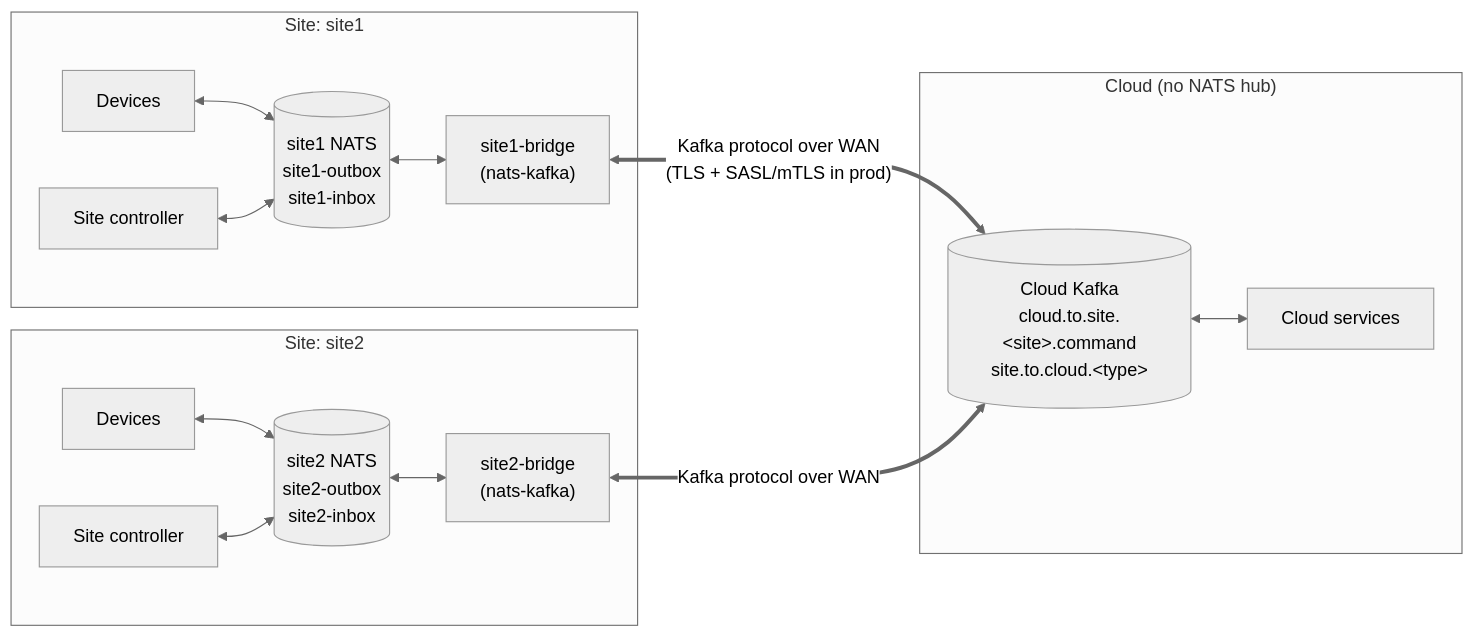
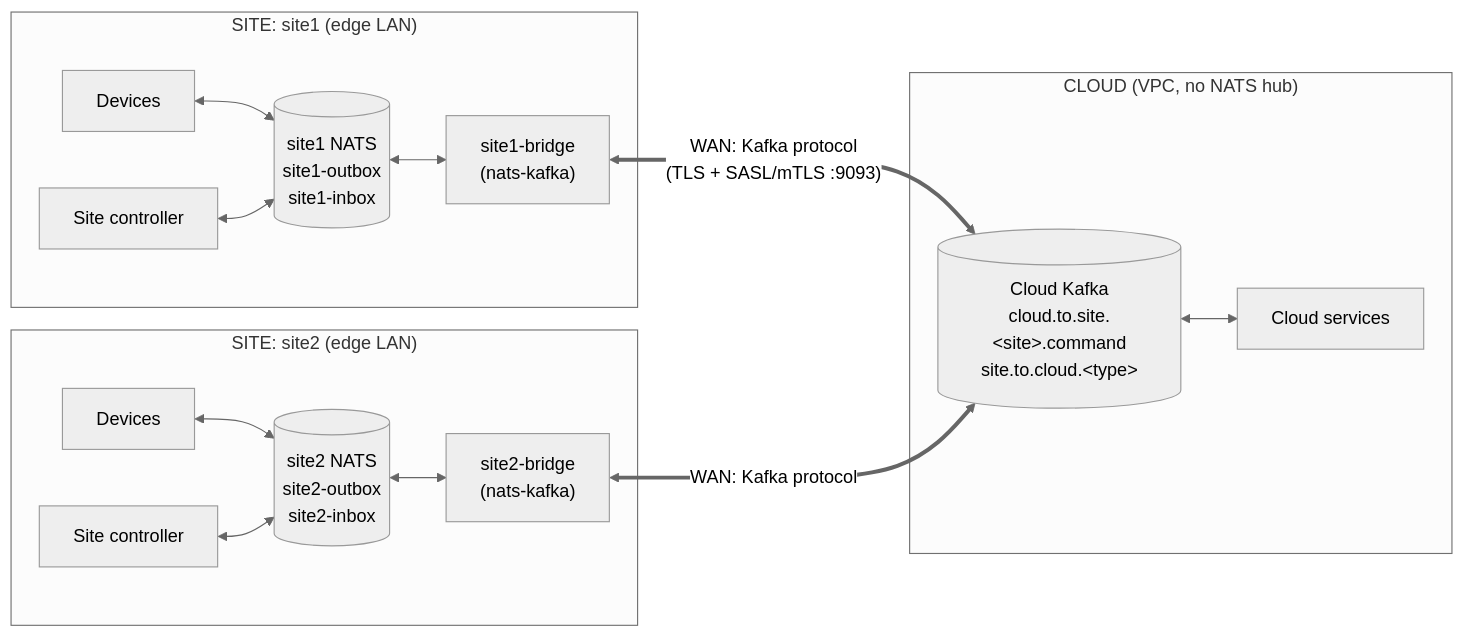
Before and after one commit to jinternals/nats-demo: the first of 3 diagrams in pattern-b-direct-kafka/README.md, drawn with Mermaid (neutral theme). The commit also changed 3 other files, not shown here.

Commit message:
Make Site / WAN / Cloud boundaries explicit in all architecture diagrams

````diff
--- a/pattern-b-direct-kafka/README.md
+++ b/pattern-b-direct-kafka/README.md
@@ -21,23 +21,23 @@
 ```mermaid
 flowchart LR
-  subgraph site1["Site: site1"]
+  subgraph site1["SITE: site1 (edge LAN)"]
     d1["Devices"] <--> s1[("site1 NATS<br/>site1-outbox<br/>site1-inbox")]
     k1["Site controller"] <--> s1
     s1 <--> b1["site1-bridge<br/>(nats-kafka)"]
   end
 
-  subgraph site2["Site: site2"]
+  subgraph site2["SITE: site2 (edge LAN)"]
     d2["Devices"] <--> s2[("site2 NATS<br/>site2-outbox<br/>site2-inbox")]
     k2["Site controller"] <--> s2
     s2 <--> b2["site2-bridge<br/>(nats-kafka)"]
   end
 
-  subgraph cloud["Cloud (no NATS hub)"]
+  subgraph cloud["CLOUD (VPC, no NATS hub)"]
     kafka[("Cloud Kafka<br/>cloud.to.site.&lt;site&gt;.command<br/>site.to.cloud.&lt;type&gt;")]
     svc["Cloud services"]
     kafka <--> svc
   end
 
-  b1 <== "Kafka protocol over WAN<br/>(TLS + SASL/mTLS in prod)" ==> kafka
-  b2 <== "Kafka protocol over WAN" ==> kafka
+  b1 <== "WAN: Kafka protocol<br/>(TLS + SASL/mTLS :9093)" ==> kafka
+  b2 <== "WAN: Kafka protocol" ==> kafka
 ```
````
